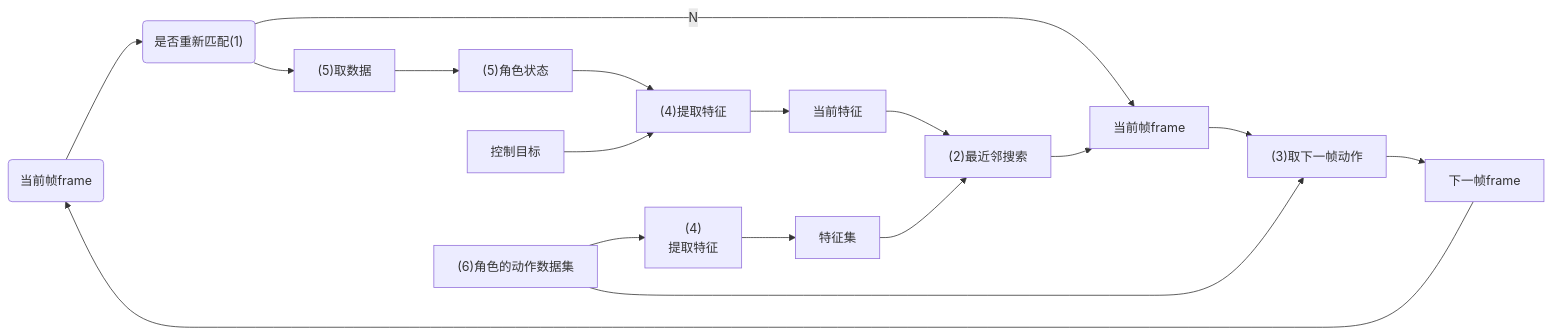
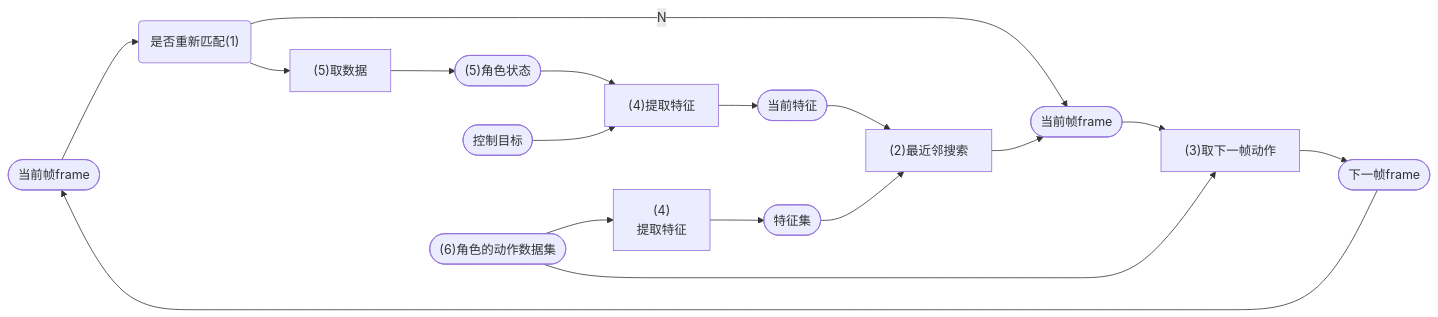
One commit to CaterpillarStudyGroup/ImportantArticles changed the first of 7 diagrams in src/MeshAnimation/SkeletonProxy/笔记.md. Above: the diagram before and after it, drawn with Mermaid. The commit also changed other lines of this file and 1 other file, not shown here.

````diff
--- a/src/MeshAnimation/SkeletonProxy/笔记.md
+++ b/src/MeshAnimation/SkeletonProxy/笔记.md
@@ -19,21 +19,21 @@
 ```mermaid
 flowchart LR
-A(当前帧frame) --> B("是否重新匹配(1)")
-    B -->|"N"|C[当前帧frame]
+A([当前帧frame]) --> B("是否重新匹配(1)")
+    B -->|"N"|C([当前帧frame])
     C --> D["(3)取下一帧动作"]
-    D --> E[下一帧frame]
+    D --> E([下一帧frame])
     E --> A
-    F --> G["(5)角色状态"]
-    H[控制目标]
+    F --> G(["(5)角色状态"])
+    H([控制目标])
     G --> I["(4)提取特征"]
     H --> I
-    I --> N[当前特征]
+    I --> N([当前特征])
     N -->J["(2)最近邻搜索"]
     J -->C
     B --> F["(5)取数据"]
-    K["(6)角色的动作数据集"]
+    K(["(6)角色的动作数据集"])
     K --> L["(4)<br>提取特征"]
-    L --> M["特征集"]
+    L --> M(["特征集"])
     M --> J
     K --> D
 ```
````
